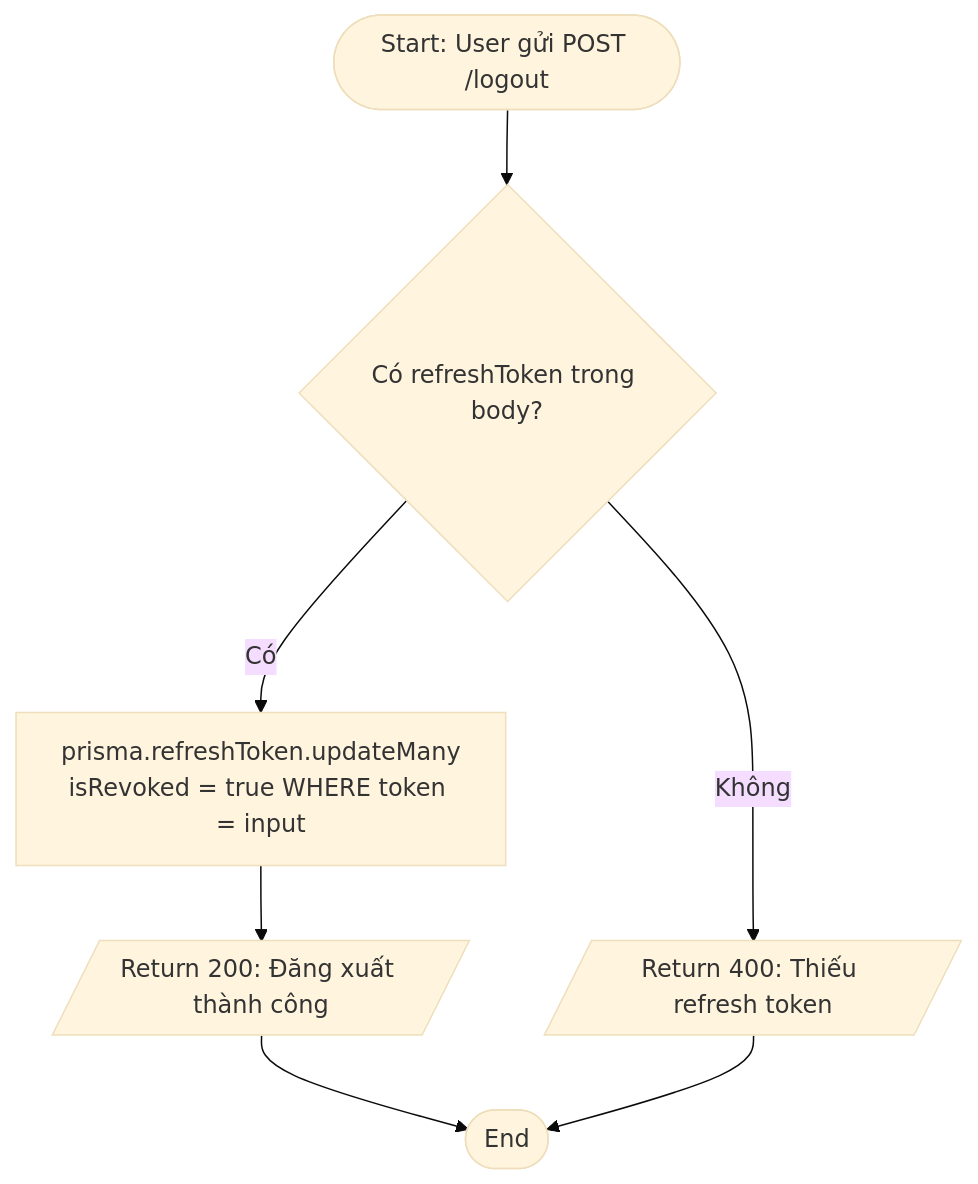
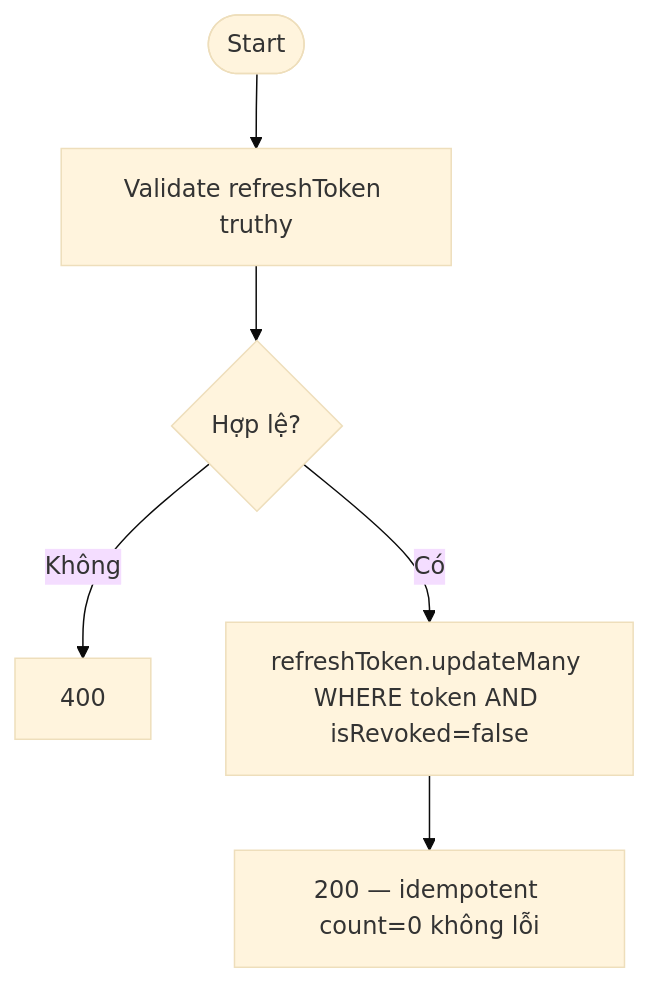
One commit to phamvinh203/mobivexa changed the sixth of 7 diagrams in docs/Auth/ActivityDiagram.md. Above: the diagram before and after it, drawn with Mermaid (base theme). The commit also changed other lines of this file and 79 other files, not shown here.

Commit message:
📜 Add documentation for Inventory and Favorite modules including Use Cases, API Specifications, and Activity Diagrams

````diff
--- a/docs/Auth/ActivityDiagram.md
+++ b/docs/Auth/ActivityDiagram.md
@@ -135,9 +108,8 @@
 ```mermaid
 flowchart TD
-    A([Start: User gửi POST /logout]) --> B{Có refreshToken trong body?}
-    B -->|Không| E1[/Return 400: Thiếu refresh token/]
-    B -->|Có| C[prisma.refreshToken.updateMany\nisRevoked = true WHERE token = input]
-    C --> D[/Return 200: Đăng xuất thành công/]
-    D --> Z([End])
-    E1 --> Z
+    A([Start]) --> B[Validate refreshToken truthy]
+    B --> C{Hợp lệ?}
+    C -- Không --> E1[400]
+    C -- Có --> D[refreshToken.updateMany WHERE token AND isRevoked=false]
+    D --> E[200 — idempotent count=0 không lỗi]
 ```
````
